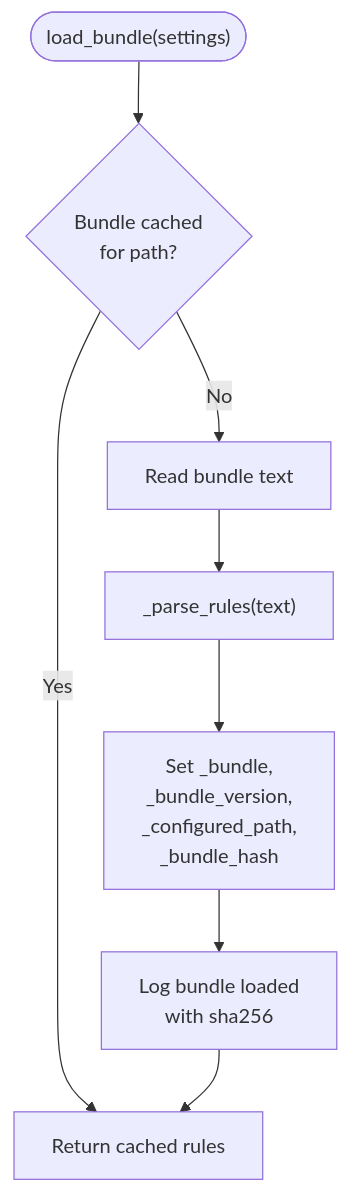
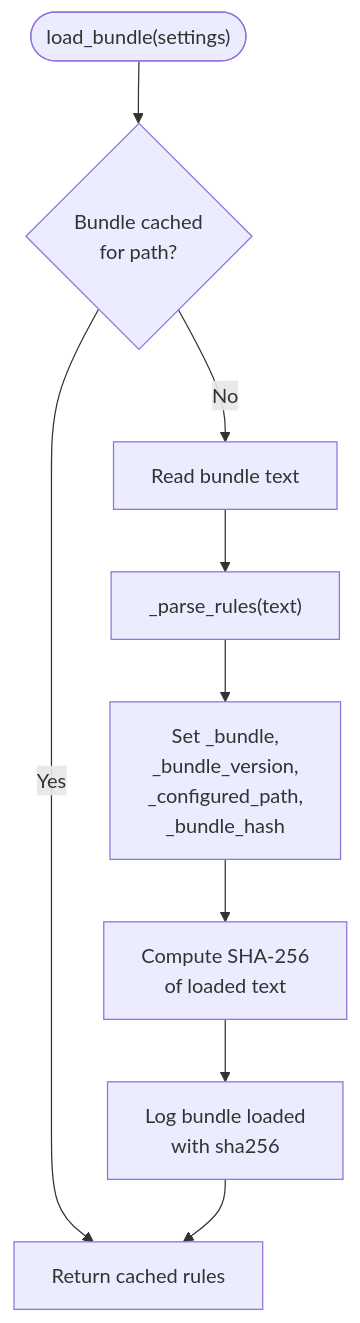
One commit to metasync/luban-aiops changed the third of 9 diagrams in .qoder/repowiki/en/content/Architecture Documentation/SPEC-048_ Policy Testing and Rollout Controls.md. Above: the diagram before and after it, drawn with Mermaid. The commit also changed other lines of this file and 35 other files, not shown here.

````diff
--- a/.qoder/repowiki/en/content/Architecture Documentation/SPEC-048_ Policy Testing and Rollout Controls.md
+++ b/.qoder/repowiki/en/content/Architecture Documentation/SPEC-048_ Policy Testing and Rollout Controls.md
@@ -138,10 +215,11 @@
 ```mermaid
 flowchart TD
 Start(["load_bundle(settings)"]) --> CheckCache{"Bundle cached<br/>for path?"}
 CheckCache --> |Yes| ReturnRules["Return cached rules"]
 CheckCache --> |No| ReadText["Read bundle text"]
 ReadText --> Parse["_parse_rules(text)"]
 Parse --> SetState["Set _bundle,<br/>_bundle_version,<br/>_configured_path,<br/>_bundle_hash"]
-SetState --> Log["Log bundle loaded<br/>with sha256"]
+SetState --> Hash["Compute SHA-256<br/>of loaded text"]
+Hash --> Log["Log bundle loaded<br/>with sha256"]
 Log --> ReturnRules
 ```
````
